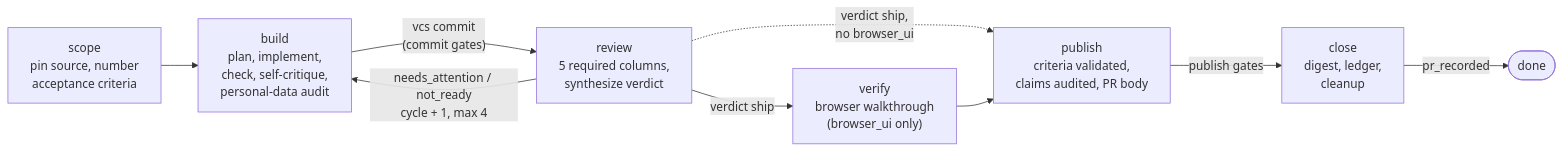
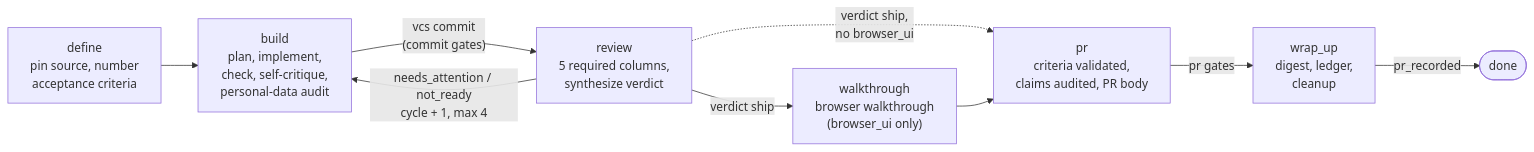
One commit to jakewanders/ai-coding-harness changed the diagram in README.md. Above: the diagram before and after it, drawn with Mermaid. The commit also changed other lines of this file and 108 other files, not shown here.

First line of the commit message:
refactor!: rename stage ids scope/verify/publish/close to define/walkthrough/pr/wrap_up

````diff
--- a/README.md
+++ b/README.md
@@ -65,18 +65,18 @@
 ```mermaid
 flowchart LR
-    scope["scope<br/>pin source, number<br/>acceptance criteria"]
+    define["define<br/>pin source, number<br/>acceptance criteria"]
     build["build<br/>plan, implement,<br/>check, self-critique,<br/>personal-data audit"]
     review["review<br/>5 required columns,<br/>synthesize verdict"]
-    verify["verify<br/>browser walkthrough<br/>(browser_ui only)"]
-    publish["publish<br/>criteria validated,<br/>claims audited, PR body"]
-    close["close<br/>digest, ledger,<br/>cleanup"]
+    walkthrough["walkthrough<br/>browser walkthrough<br/>(browser_ui only)"]
+    pr["pr<br/>criteria validated,<br/>claims audited, PR body"]
+    wrap_up["wrap_up<br/>digest, ledger,<br/>cleanup"]
 
-    scope --> build
+    define --> build
     build -- "vcs commit<br/>(commit gates)" --> review
-    review -- "verdict ship" --> verify
-    review -. "verdict ship,<br/>no browser_ui" .-> publish
-    verify --> publish
+    review -- "verdict ship" --> walkthrough
+    review -. "verdict ship,<br/>no browser_ui" .-> pr
+    walkthrough --> pr
     review -- "needs_attention / not_ready<br/>cycle + 1, max 4" --> build
-    publish -- "publish gates" --> close
-    close -- "pr_recorded" --> done(["done"])
+    pr -- "pr gates" --> wrap_up
+    wrap_up -- "pr_recorded" --> done(["done"])
 ```
````
